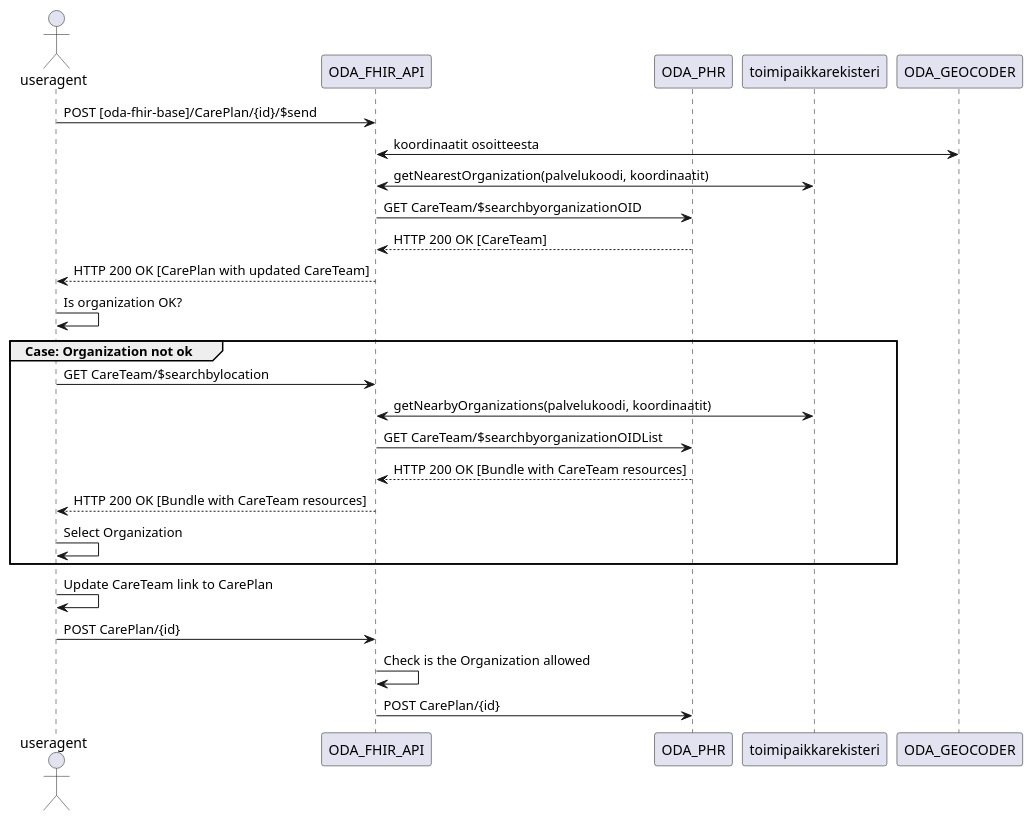
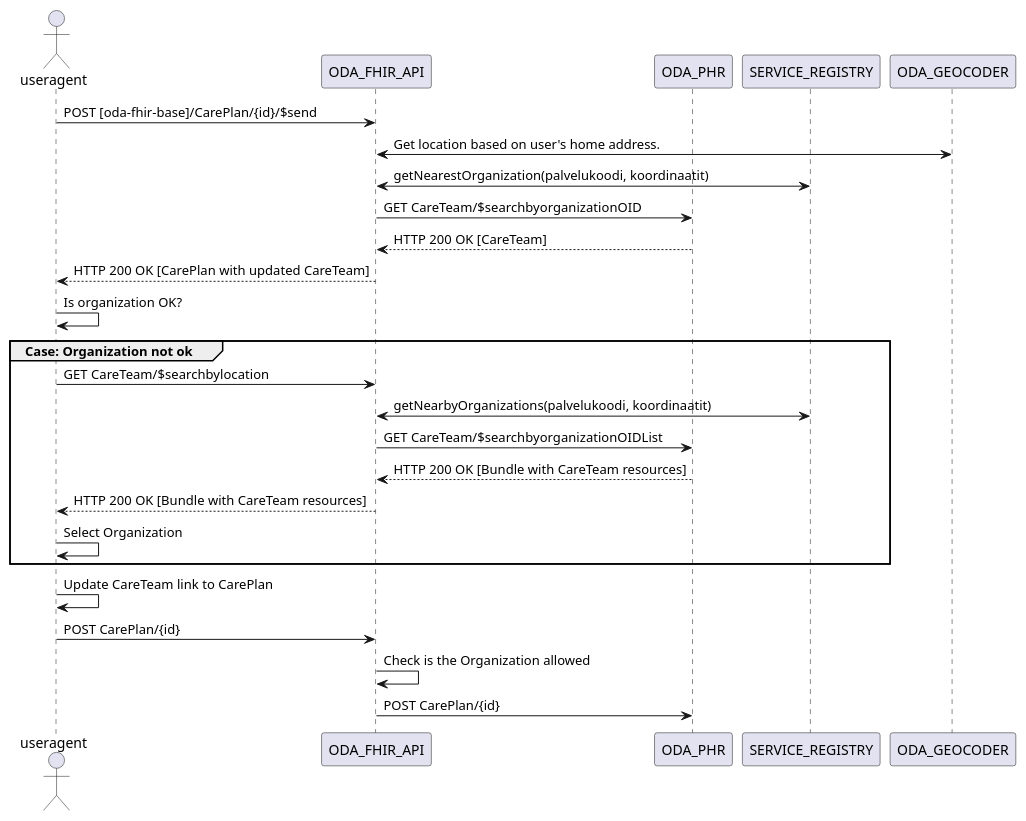
The diagram in sequence-diagrams/ODA_Careplan-send.plantuml (ruoat/definitions), drawn with PlantUML before and after one commit.

Commit message:
Some translations from finnish to english

```diff
--- a/sequence-diagrams/ODA_Careplan-send.plantuml
+++ b/sequence-diagrams/ODA_Careplan-send.plantuml
@@ -1,32 +1,32 @@
 @startuml
 actor useragent
 participant ODA_FHIR_API
 participant ODA_PHR
-participant toimipaikkarekisteri
+participant SERVICE_REGISTRY
 participant ODA_GEOCODER
 
 
 useragent -> ODA_FHIR_API : POST [oda-fhir-base]/CarePlan/{id}/$send
 
-ODA_FHIR_API <-> ODA_GEOCODER : koordinaatit osoitteesta
+ODA_FHIR_API <-> ODA_GEOCODER : Get location based on user's home address.
 
-ODA_FHIR_API <-> toimipaikkarekisteri : getNearestOrganization(palvelukoodi, koordinaatit)
+ODA_FHIR_API <-> SERVICE_REGISTRY : getNearestOrganization(palvelukoodi, koordinaatit)
 ODA_FHIR_API -> ODA_PHR : GET CareTeam/$searchbyorganizationOID
 ODA_PHR --> ODA_FHIR_API : HTTP 200 OK [CareTeam]
 ODA_FHIR_API --> useragent : HTTP 200 OK [CarePlan with updated CareTeam]
 useragent -> useragent : Is organization OK?
 
 group Case: Organization not ok
 useragent -> ODA_FHIR_API : GET CareTeam/$searchbylocation
-ODA_FHIR_API <-> toimipaikkarekisteri : getNearbyOrganizations(palvelukoodi, koordinaatit)
+ODA_FHIR_API <-> SERVICE_REGISTRY : getNearbyOrganizations(palvelukoodi, koordinaatit)
 ODA_FHIR_API -> ODA_PHR : GET CareTeam/$searchbyorganizationOIDList
 ODA_PHR --> ODA_FHIR_API : HTTP 200 OK [Bundle with CareTeam resources]
 ODA_FHIR_API --> useragent : HTTP 200 OK [Bundle with CareTeam resources]
 useragent -> useragent : Select Organization
 end
 useragent -> useragent : Update CareTeam link to CarePlan
 useragent -> ODA_FHIR_API : POST CarePlan/{id}
 ODA_FHIR_API -> ODA_FHIR_API : Check is the Organization allowed
 ODA_FHIR_API -> ODA_PHR : POST CarePlan/{id}
 
 @enduml
```
